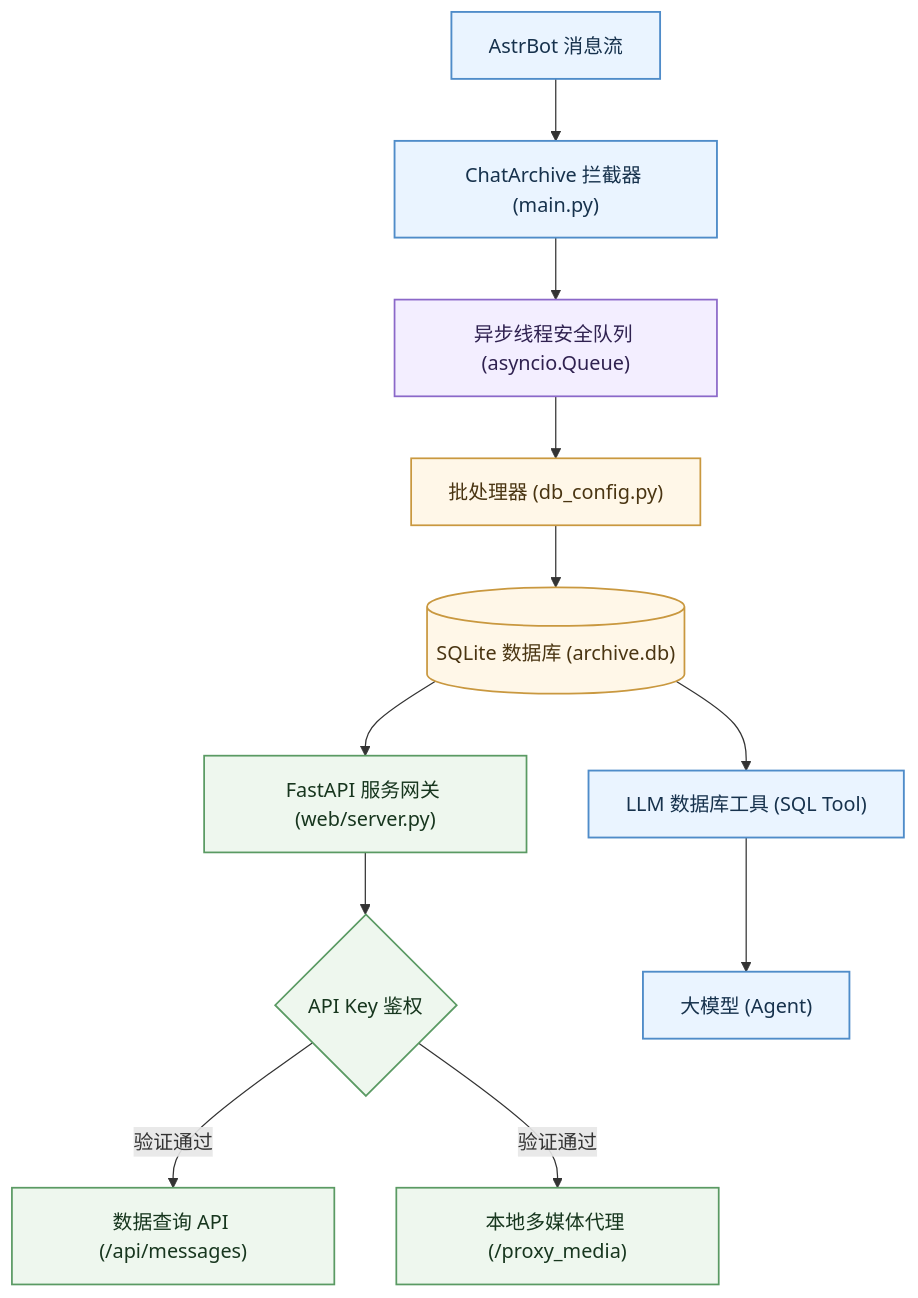
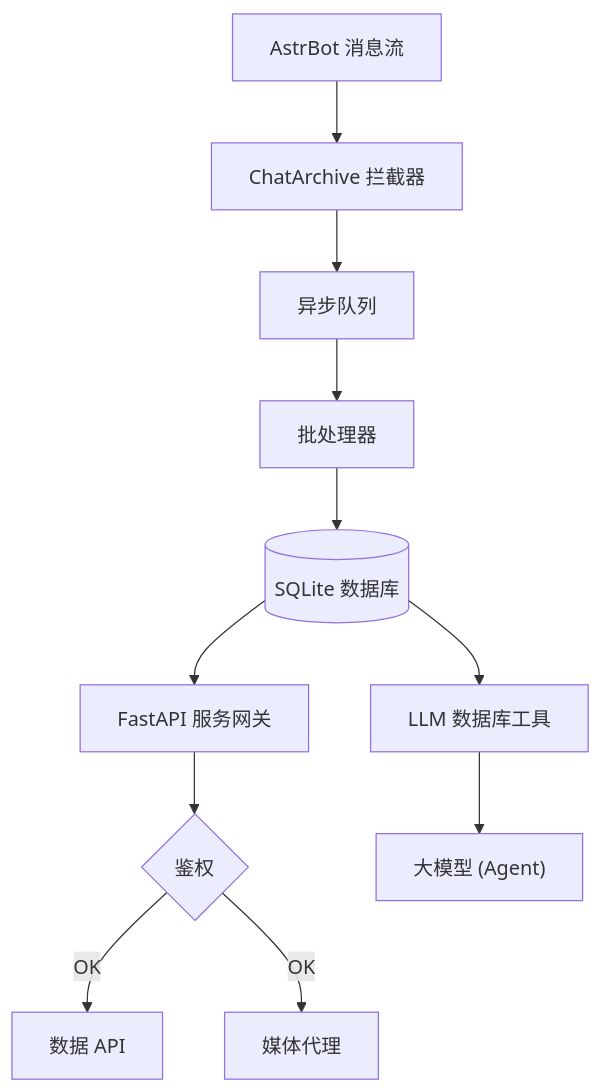
The diagram in README.md (im-wujin/YukiNo420_astrbot_plugin_chat_archive), drawn with Mermaid before and after one commit. The commit also changed other lines of this file and 8 other files, not shown here.

````diff
--- a/README.md
+++ b/README.md
@@ -113,24 +67,9 @@
 ```mermaid
 flowchart TD
-    classDef main fill:#EAF4FF,stroke:#4F8CC9,color:#17324D,stroke-width:1.5px;
-    classDef queue fill:#F3EEFF,stroke:#8B68C9,color:#2F2150,stroke-width:1.4px;
-    classDef db fill:#FFF7E8,stroke:#C9983F,color:#4A3512,stroke-width:1.4px;
-    classDef web fill:#EEF7EE,stroke:#5A9A63,color:#17361E,stroke-width:1.4px;
-
-    A1["AstrBot 消息流"] --> A2["ChatArchive 拦截器 (main.py)"]
-    A2 --> B1["异步线程安全队列 (asyncio.Queue)"]
-    B1 --> B2["批处理器 (db_config.py)"]
-    B2 --> B3[("SQLite 数据库 (archive.db)")]
-    
-    B3 --> C1["FastAPI 服务网关 (web/server.py)"]
-    C1 --> C2{"API Key 鉴权"}
-    C2 -->|验证通过| C3["数据查询 API (/api/messages)"]
-    C2 -->|验证通过| C4["本地多媒体代理 (/proxy_media)"]
-    
-    B3 --> E1["LLM 数据库工具 (SQL Tool)"] --> E2["大模型 (Agent)"]
-
-    class A1,A2,E1,E2 main;
-    class B1 queue;
-    class B2,B3 db;
-    class C1,C2,C3,C4 web;
+    A1["AstrBot 消息流"] --> A2["ChatArchive 拦截器"]
+    A2 --> B1["异步队列"] --> B2["批处理器"] --> B3[("SQLite 数据库")]
+    B3 --> C1["FastAPI 服务网关"] --> C2{"鉴权"}
+    C2 -->|OK| C3["数据 API"]
+    C2 -->|OK| C4["媒体代理"]
+    B3 --> E1["LLM 数据库工具"] --> E2["大模型 (Agent)"]
 ```
````
